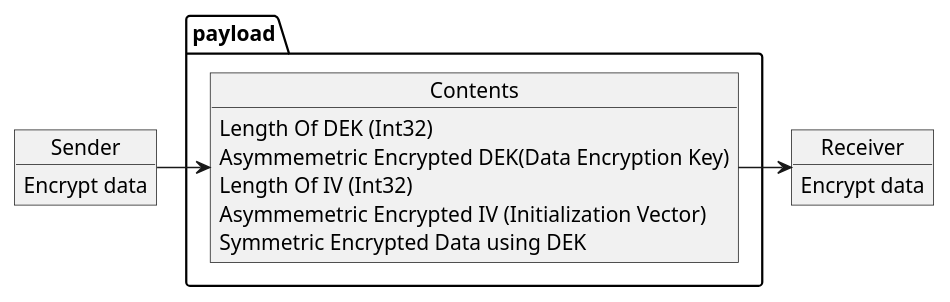
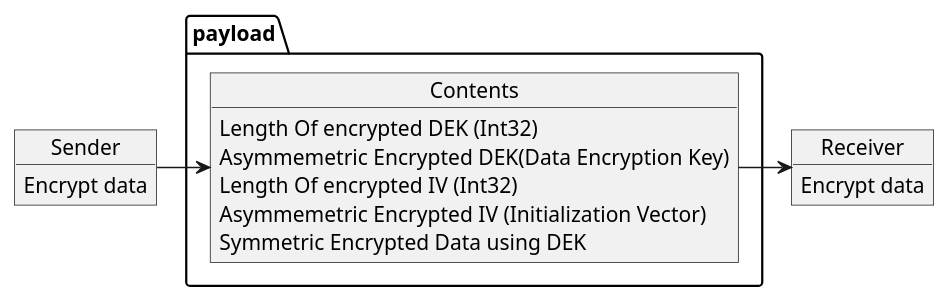
One commit to vplusplus/Org.Security.Cryptography.X509Extensions changed the diagram in diagrams/simple.puml. Above: the diagram before and after it, drawn with PlantUML. The commit also changed 6 other files, not shown here.

```diff
--- a/diagrams/simple.puml
+++ b/diagrams/simple.puml
@@ -1,19 +1,19 @@
 @startuml
 object Sender {
     Encrypt data
 }
 package payload {
     object Contents{
-        Length Of DEK (Int32)
+        Length Of encrypted DEK (Int32)
         Asymmemetric Encrypted DEK(Data Encryption Key)  
-        Length Of IV (Int32)
+        Length Of encrypted IV (Int32)
         Asymmemetric Encrypted IV (Initialization Vector)
         Symmetric Encrypted Data using DEK
     }
 }
 object Receiver {
     Encrypt data
 }
 Sender -right-> Contents
 Contents -right-> Receiver
 @enduml
```
